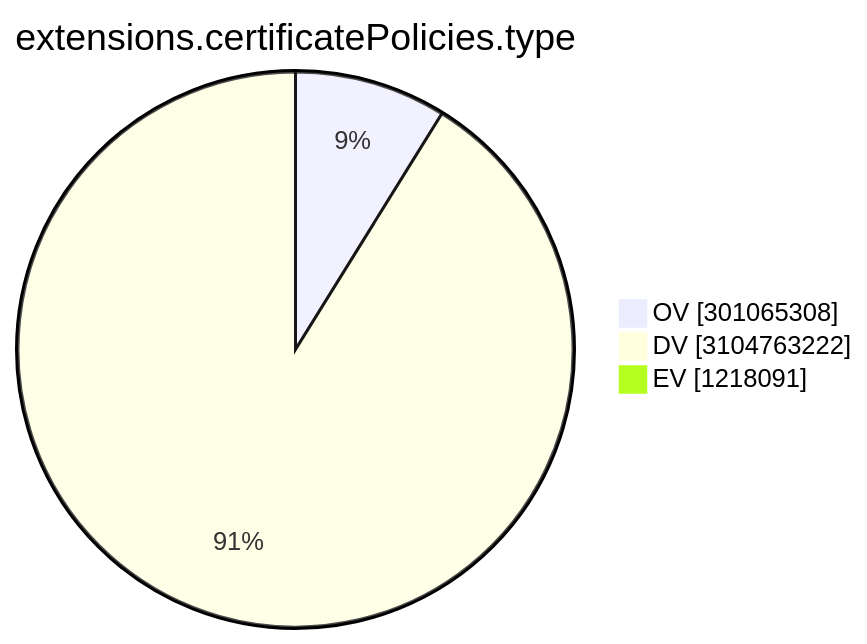
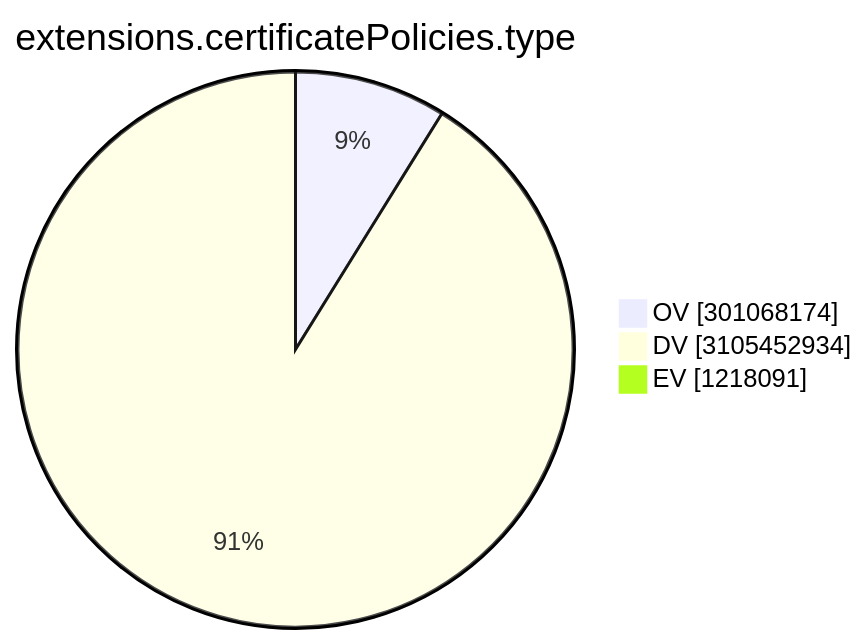
The ninth of 15 diagrams in TOTAL/README.md (christiankrug/ctmonitor_visualization), drawn with Mermaid before and after one commit. The commit also changed other lines of this file, not shown here.

````diff
--- a/TOTAL/README.md
+++ b/TOTAL/README.md
@@ -3103,7 +3103,7 @@
 ```mermaid
 pie showData
 title extensions.certificatePolicies.type
-"OV" :301065308
-"DV" :3104763222
+"OV" :301068174
+"DV" :3105452934
 "EV" :1218091
 ```
````
